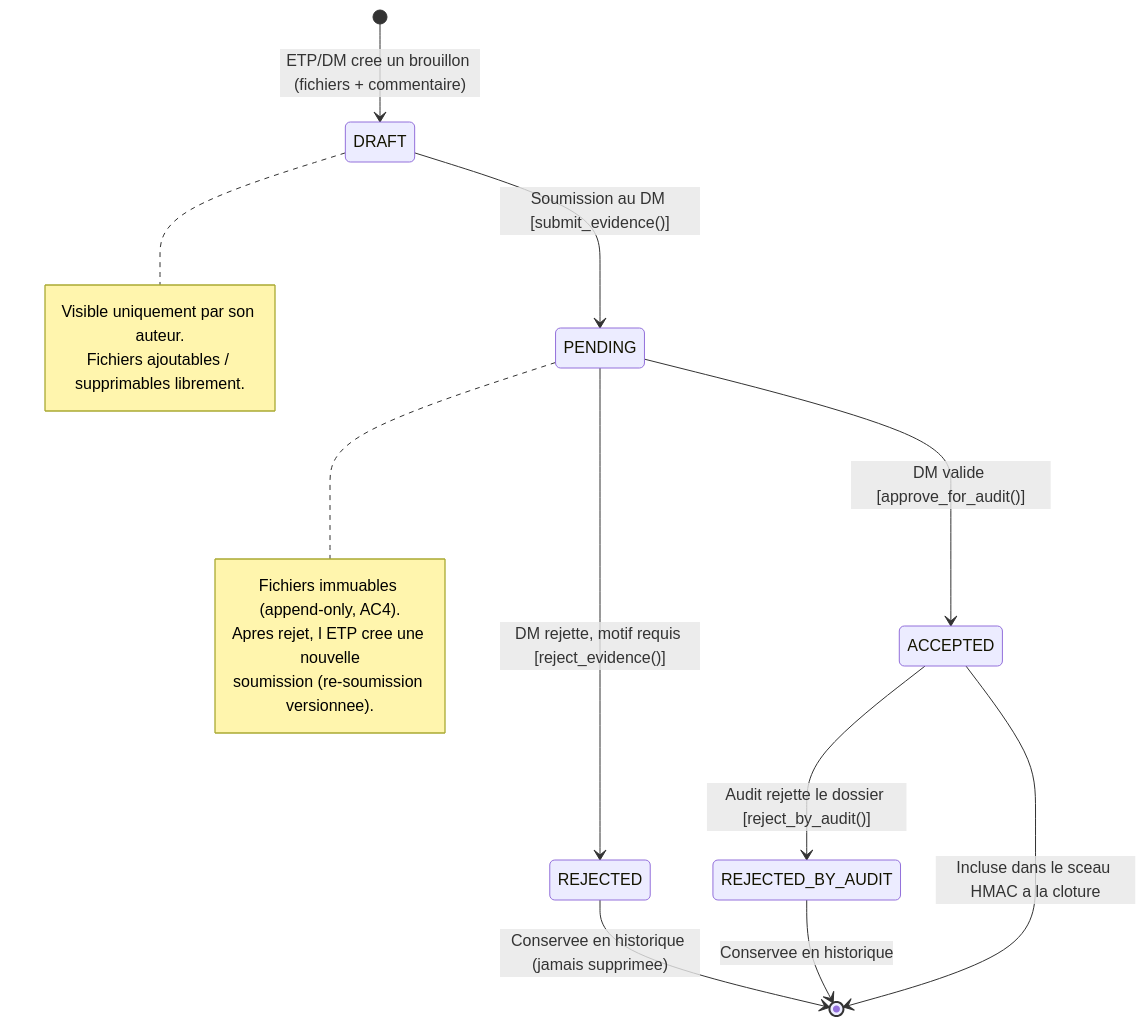
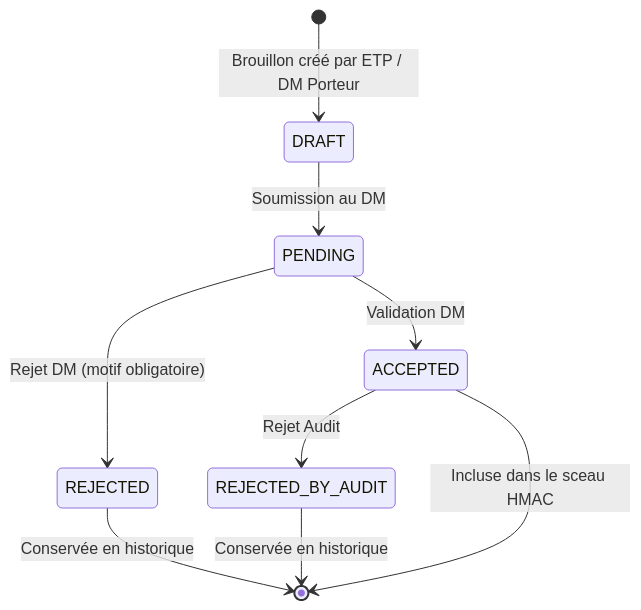
One commit to Tchendjou2003/bicec--Sentinel changed the fourth of 26 diagrams in _bmad-output/planning-artifacts/system-diagrams.md. Above: the diagram before and after it, drawn with Mermaid. The commit also changed other lines of this file, not shown here.

Commit message:
docs(bmad): mise à jour system-diagrams.md v2.0

````diff
--- a/_bmad-output/planning-artifacts/system-diagrams.md
+++ b/_bmad-output/planning-artifacts/system-diagrams.md
@@ -516,24 +563,13 @@
 ```mermaid
 stateDiagram-v2
-    [*] --> DRAFT : ETP/DM cree un brouillon (fichiers + commentaire)
+    [*] --> DRAFT : Brouillon créé par ETP / DM Porteur
 
-    DRAFT --> PENDING : Soumission au DM [submit_evidence()]
-    PENDING --> ACCEPTED : DM valide [approve_for_audit()]
-    PENDING --> REJECTED : DM rejette, motif requis [reject_evidence()]
-    ACCEPTED --> REJECTED_BY_AUDIT : Audit rejette le dossier [reject_by_audit()]
+    DRAFT --> PENDING : Soumission au DM
+    PENDING --> ACCEPTED : Validation DM
+    PENDING --> REJECTED : Rejet DM (motif obligatoire)
+    ACCEPTED --> REJECTED_BY_AUDIT : Rejet Audit
 
-    REJECTED --> [*] : Conservee en historique (jamais supprimee)
-    REJECTED_BY_AUDIT --> [*] : Conservee en historique
-    ACCEPTED --> [*] : Incluse dans le sceau HMAC a la cloture
-
-    note right of DRAFT
-        Visible uniquement par son auteur.
-        Fichiers ajoutables / supprimables librement.
-    end note
-
-    note right of PENDING
-        Fichiers immuables (append-only, AC4).
-        Apres rejet, l ETP cree une nouvelle
-        soumission (re-soumission versionnee).
-    end note
+    REJECTED --> [*] : Conservée en historique
+    REJECTED_BY_AUDIT --> [*] : Conservée en historique
+    ACCEPTED --> [*] : Incluse dans le sceau HMAC
 ```
````
